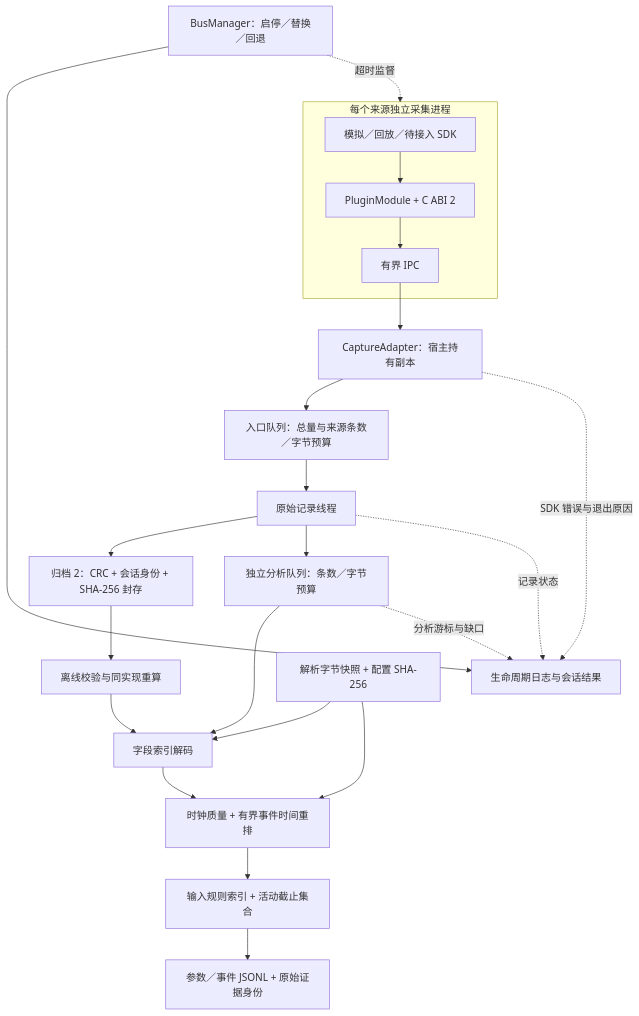
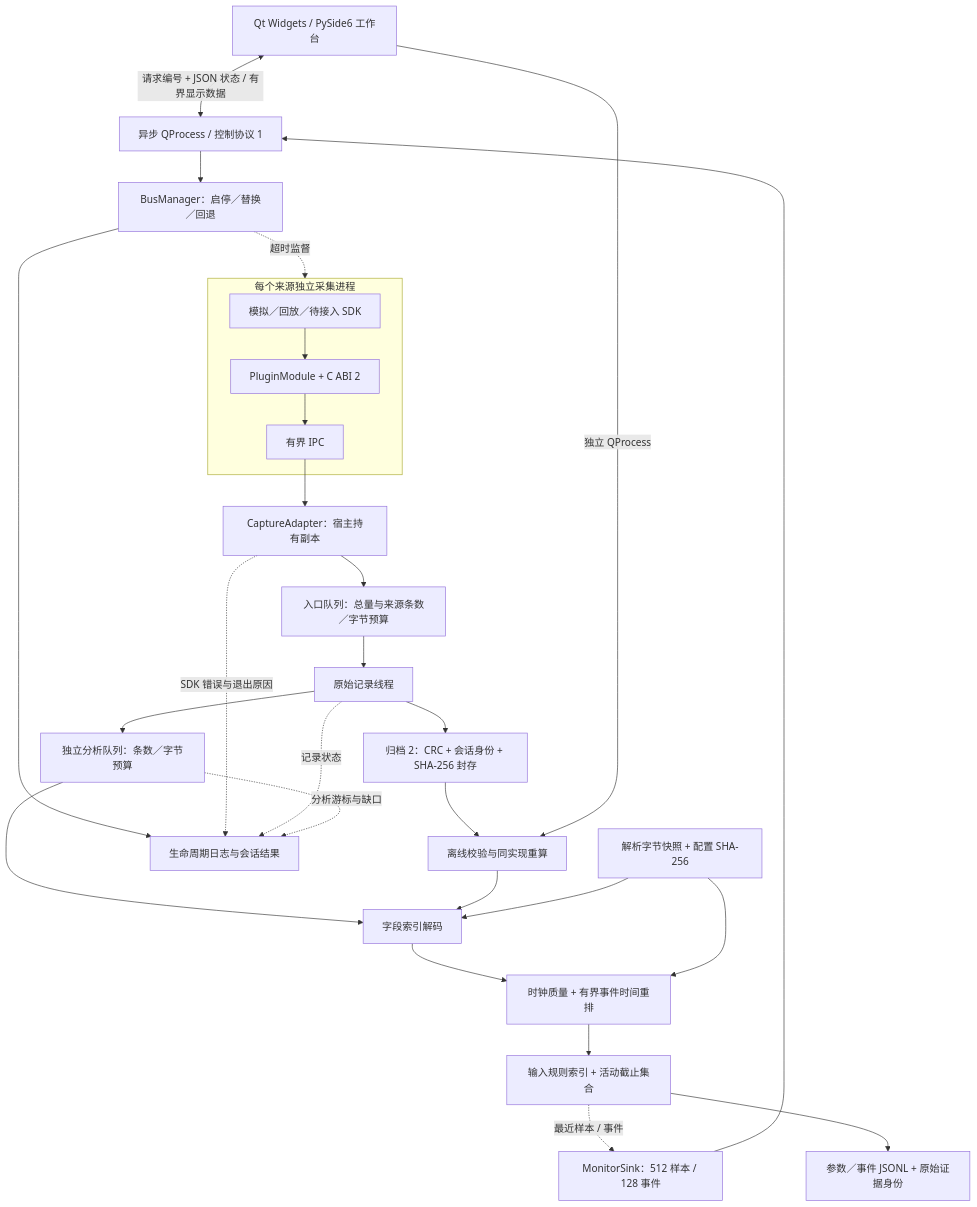
One commit to Aggressivecyber/avionics-backend changed the diagram in avionics-backend/docs/architecture.md. Above: the diagram before and after it, drawn with Mermaid. The commit also changed other lines of this file and 20 other files, not shown here.

````diff
--- a/avionics-backend/docs/architecture.md
+++ b/avionics-backend/docs/architecture.md
@@ -5,25 +5,30 @@
 ```mermaid
 flowchart TB
+    UI[Qt Widgets / PySide6 工作台] <-->|请求编号 + JSON 状态 / 有界显示数据| CTL[异步 QProcess / 控制协议 1]
+    CTL --> M
+    E -. 最近样本 / 事件 .-> TAP[MonitorSink：512 样本 / 128 事件]
+    TAP --> CTL
     M[BusManager：启停／替换／回退] -. 超时监督 .-> W
     subgraph W[每个来源独立采集进程]
         P[模拟／回放／待接入 SDK] --> C[PluginModule + C ABI 2]
         C --> I[有界 IPC]
     end
     I --> A[CaptureAdapter：宿主持有副本]
     A --> Q[入口队列：总量与来源条数／字节预算]
     Q --> R[原始记录线程]
     R --> F[归档 2：CRC + 会话身份 + SHA-256 封存]
     R --> B[独立分析队列：条数／字节预算]
     B --> D[字段索引解码]
     D --> T[时钟质量 + 有界事件时间重排]
     T --> E[输入规则索引 + 活动截止集合]
     E --> O[参数／事件 JSONL + 原始证据身份]
     F --> OFF[离线校验与同实现重算]
+    UI -->|独立 QProcess| OFF
     OFF --> D
     M --> J[生命周期日志与会话结果]
     A -. SDK 错误与退出原因 .-> J
     R -. 记录状态 .-> J
     B -. 分析游标与缺口 .-> J
     K[解析字节快照 + 配置 SHA-256] --> D
     K --> T
 ```
````
